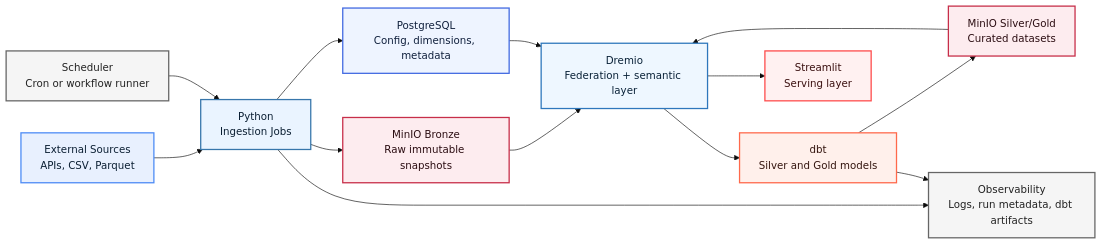
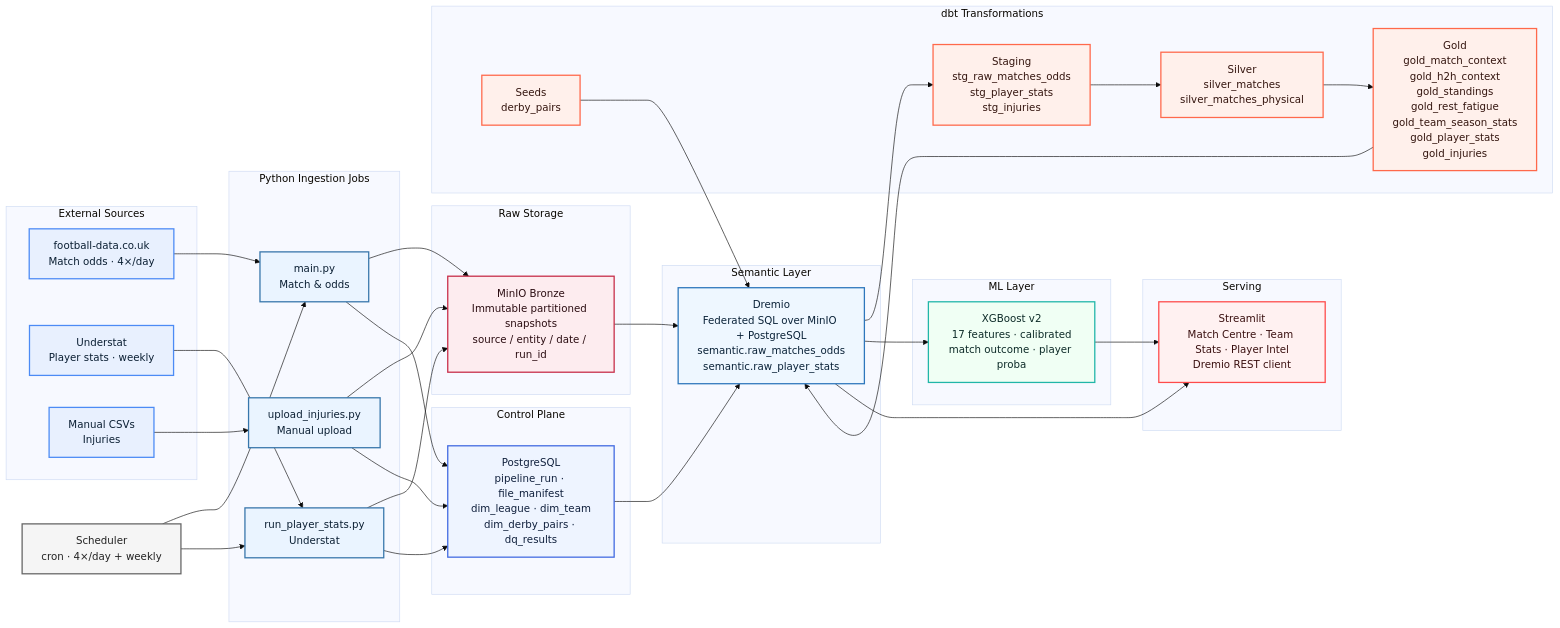
Before and after one commit to VCheque/Football-Betting-DE: the diagram in README.md, drawn with Mermaid (base theme). The commit also changed other lines of this file, not shown here.

````diff
--- a/README.md
+++ b/README.md
@@ -46,44 +19,79 @@
 ```mermaid
 flowchart LR
-  A["External Sources<br/>APIs, CSV, Parquet"]
-  B["Python<br/>Ingestion Jobs"]
-  C["MinIO Bronze<br/>Raw immutable snapshots"]
-  D["PostgreSQL<br/>Config, dimensions, metadata"]
-  E["Dremio<br/>Federation + semantic layer"]
-  F["dbt<br/>Silver and Gold models"]
-  G["MinIO Silver/Gold<br/>Curated datasets"]
-  H["Streamlit<br/>Serving layer"]
-  I["Scheduler<br/>Cron or workflow runner"]
-  J["Observability<br/>Logs, run metadata, dbt artifacts"]
+  subgraph sources["External Sources"]
+    SRC1["football-data.co.uk<br/>Match odds · 4×/day"]
+    SRC2["Understat<br/>Player stats · weekly"]
+    SRC3["Manual CSVs<br/>Injuries"]
+  end
 
-  A --> B
-  I --> B
-  B --> C
-  B --> D
-  C --> E
-  D --> E
-  E --> F
-  F --> G
-  G --> E
-  E --> H
-  B --> J
-  F --> J
+  subgraph ingestion["Python Ingestion Jobs"]
+    ING1["main.py<br/>Match & odds"]
+    ING2["run_player_stats.py<br/>Understat"]
+    ING3["upload_injuries.py<br/>Manual upload"]
+  end
+
+  subgraph storage["Raw Storage"]
+    MINIO["MinIO Bronze<br/>Immutable partitioned snapshots<br/>source / entity / date / run_id"]
+  end
+
+  subgraph control["Control Plane"]
+    PG["PostgreSQL<br/>pipeline_run · file_manifest<br/>dim_league · dim_team<br/>dim_derby_pairs · dq_results"]
+  end
+
+  subgraph semantic["Semantic Layer"]
+    DREMIO["Dremio<br/>Federated SQL over MinIO + PostgreSQL<br/>semantic.raw_matches_odds<br/>semantic.raw_player_stats"]
+  end
+
+  subgraph transform["dbt Transformations"]
+    STG["Staging<br/>stg_raw_matches_odds<br/>stg_player_stats<br/>stg_injuries"]
+    SILVER["Silver<br/>silver_matches<br/>silver_matches_physical"]
+    GOLD["Gold<br/>gold_match_context<br/>gold_h2h_context<br/>gold_standings<br/>gold_rest_fatigue<br/>gold_team_season_stats<br/>gold_player_stats<br/>gold_injuries"]
+    SEEDS["Seeds<br/>derby_pairs"]
+  end
+
+  subgraph ml["ML Layer"]
+    XGB["XGBoost v2<br/>17 features · calibrated<br/>match outcome · player proba"]
+  end
+
+  subgraph app["Serving"]
+    ST["Streamlit<br/>Match Centre · Team Stats · Player Intel<br/>Dremio REST client"]
+  end
+
+  SCHED["Scheduler<br/>cron · 4×/day + weekly"]
+
+  SRC1 --> ING1
+  SRC2 --> ING2
+  SRC3 --> ING3
+  ING1 & ING2 & ING3 --> MINIO
+  ING1 & ING2 & ING3 --> PG
+  MINIO --> DREMIO
+  PG --> DREMIO
+  DREMIO --> STG
+  STG --> SILVER --> GOLD
+  SEEDS --> DREMIO
+  GOLD --> DREMIO
+  DREMIO --> XGB
+  DREMIO --> ST
+  XGB --> ST
+  SCHED --> ING1 & ING2
 
   classDef sources fill:#E8F0FE,stroke:#4C8BF5,color:#0B1F33,stroke-width:2px;
-  classDef python fill:#EAF4FF,stroke:#3776AB,color:#0B1F33,stroke-width:2px;
+  classDef ingestion fill:#EAF4FF,stroke:#3776AB,color:#0B1F33,stroke-width:2px;
   classDef minio fill:#FDECEF,stroke:#C72E49,color:#2B0D12,stroke-width:2px;
   classDef postgres fill:#EEF4FF,stroke:#4169E1,color:#10203D,stroke-width:2px;
   classDef dremio fill:#EEF7FF,stroke:#2E77BC,color:#0A2238,stroke-width:2px;
   classDef dbt fill:#FFF0EB,stroke:#FF694B,color:#34150F,stroke-width:2px;
+  classDef ml fill:#F0FFF4,stroke:#21B6A8,color:#0D2B28,stroke-width:2px;
   classDef app fill:#FFF1F1,stroke:#FE4B4B,color:#3A1010,stroke-width:2px;
   classDef ops fill:#F5F5F5,stroke:#666666,color:#222222,stroke-width:2px;
 
-  class A sources;
-  class B python;
-  class C,G minio;
-  class D postgres;
-  class E dremio;
-  class F dbt;
-  class H app;
-  class I,J ops;
+  class SRC1,SRC2,SRC3 sources;
+  class ING1,ING2,ING3 ingestion;
+  class MINIO minio;
+  class PG postgres;
+  class DREMIO dremio;
+  class STG,SILVER,GOLD,SEEDS dbt;
+  class XGB ml;
+  class ST app;
+  class SCHED ops;
 ```
````
